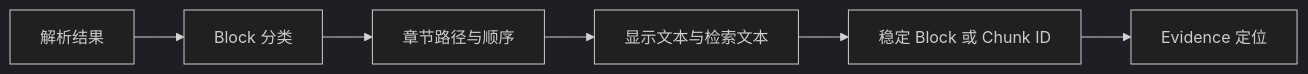
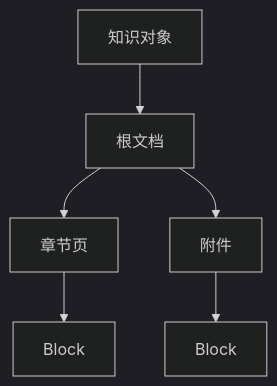
One commit to upJiang/jiang-blog-vitepress changed the diagram in docs/ai-agent/rag-block-document-model.md. Above: the diagram before and after it, drawn with Mermaid (dark theme). The commit also changed other lines of this file and 365 other files, not shown here.

````diff
--- a/docs/ai-agent/rag-block-document-model.md
+++ b/docs/ai-agent/rag-block-document-model.md
@@ -45,8 +103,8 @@
 ```mermaid
-flowchart LR
-  A[解析结果] --> B[Block 分类]
-  B --> C[章节路径与顺序]
-  C --> D[显示文本与检索文本]
-  D --> E[稳定 Block 或 Chunk ID]
-  E --> F[Evidence 定位]
+graph TD
+    A[知识对象] --> B[根文档]
+    B --> C[章节页]
+    B --> D[附件]
+    C --> E[Block]
+    D --> F[Block]
 ```
````
